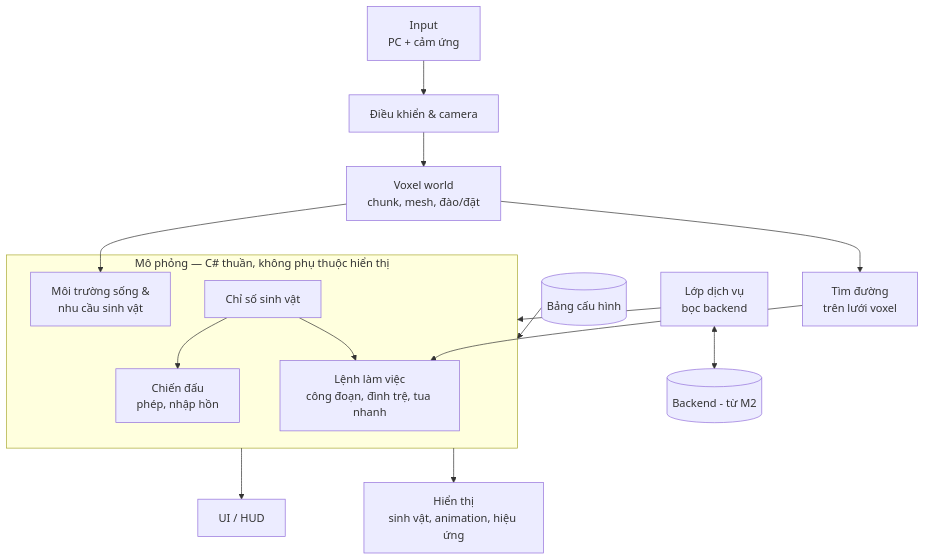
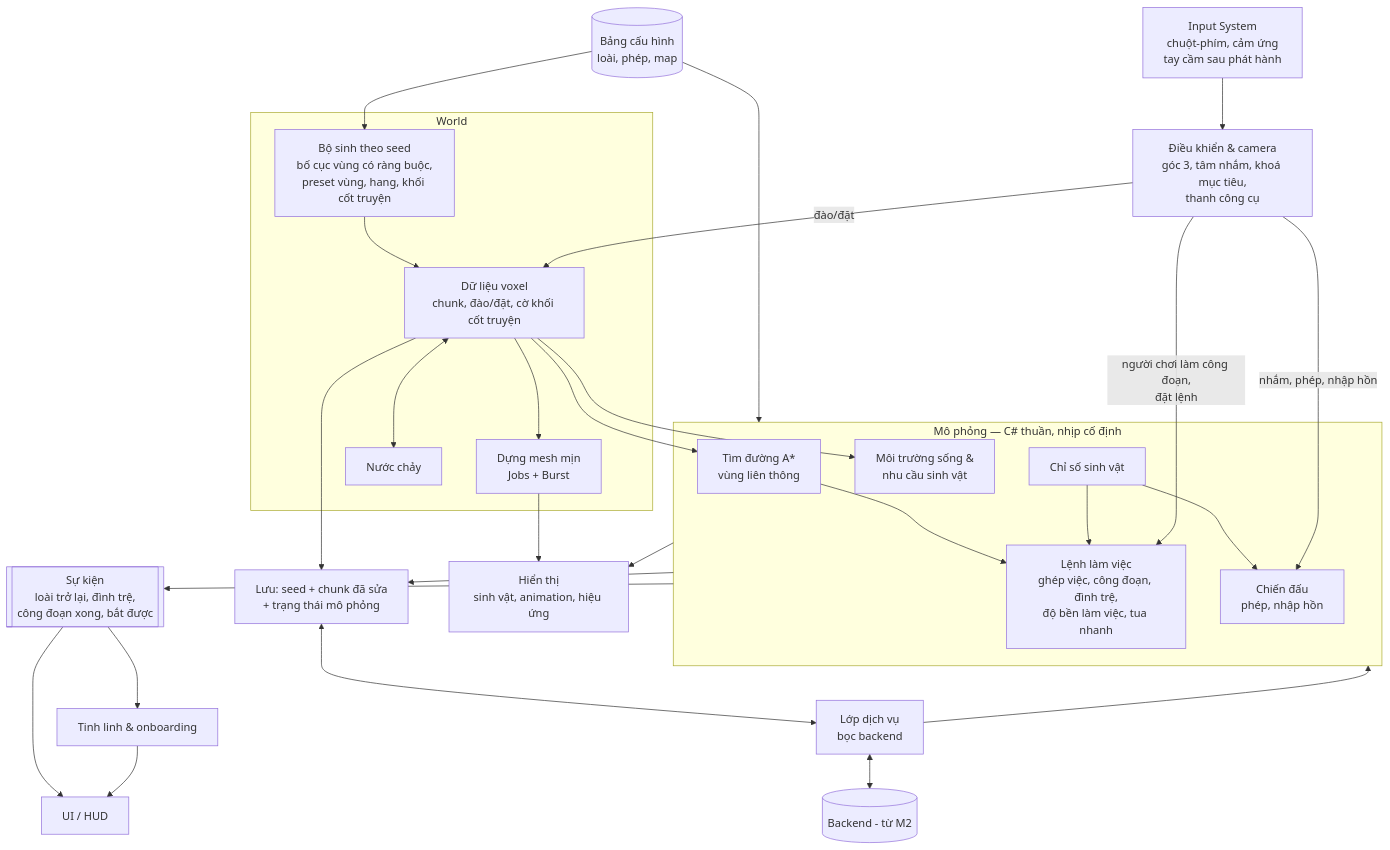
One commit to w-vi-khang/my-game changed the second of 2 diagrams in design/04-tech/architecture.md. Above: the diagram before and after it, drawn with Mermaid. The commit also changed other lines of this file and 1 other file, not shown here.

Commit message:
design: architecture.md — rà phần Client theo world-tech, simulation-tech, controls-ui, levels (sơ đồ hệ thống, sự kiện → tinh linh/UI, bảng hệ thống theo milestone, luồng 2 scene); thêm dữ liệu cấu hình map, trạng thái mô phỏng, onboarding, cài đặt

````diff
--- a/design/04-tech/architecture.md
+++ b/design/04-tech/architecture.md
@@ -65,21 +72,41 @@
 ```mermaid
 flowchart TB
-    IN[Input<br/>PC + cảm ứng] --> CTRL[Điều khiển & camera]
-    CTRL --> VOX[Voxel world<br/>chunk, mesh, đào/đặt]
-    VOX --> PATH[Tìm đường<br/>trên lưới voxel]
-    subgraph SIM ["Mô phỏng — C# thuần, không phụ thuộc hiển thị"]
-        WORK[Lệnh làm việc<br/>công đoạn, đình trệ, tua nhanh]
+    IN[Input System<br/>chuột-phím, cảm ứng<br/>tay cầm sau phát hành] --> CTRL[Điều khiển & camera<br/>góc 3, tâm nhắm, khoá mục tiêu,<br/>thanh công cụ]
+    subgraph WORLD ["World"]
+        GEN[Bộ sinh theo seed<br/>bố cục vùng có ràng buộc,<br/>preset vùng, hang, khối cốt truyện]
+        VOX[Dữ liệu voxel<br/>chunk, đào/đặt, cờ khối cốt truyện]
+        MESH[Dựng mesh mịn<br/>Jobs + Burst]
+        WATER[Nước chảy]
+        GEN --> VOX
+        VOX --> MESH
+        VOX <--> WATER
+    end
+    CTRL -->|đào/đặt| VOX
+    subgraph SIM ["Mô phỏng — C# thuần, nhịp cố định"]
+        PATH[Tìm đường A*<br/>vùng liên thông]
+        WORK[Lệnh làm việc<br/>ghép việc, công đoạn, đình trệ,<br/>độ bền làm việc, tua nhanh]
         HAB[Môi trường sống &<br/>nhu cầu sinh vật]
         STAT[Chỉ số sinh vật]
         COMBAT[Chiến đấu<br/>phép, nhập hồn]
     end
+    VOX --> PATH
+    VOX --> HAB
     PATH --> WORK
-    VOX --> HAB
     STAT --> WORK
     STAT --> COMBAT
+    CTRL -->|người chơi làm công đoạn,<br/>đặt lệnh| WORK
+    CTRL -->|nhắm, phép, nhập hồn| COMBAT
+    SIM --> EV[[Sự kiện<br/>loài trở lại, đình trệ,<br/>công đoạn xong, bắt được]]
+    EV --> GUIDE[Tinh linh & onboarding]
     SIM --> VIEW[Hiển thị<br/>sinh vật, animation, hiệu ứng]
-    SIM --> UI[UI / HUD]
-    CFG[(Bảng cấu hình)] --> SIM
+    EV --> UI[UI / HUD]
+    GUIDE --> UI
+    MESH --> VIEW
+    CFG[(Bảng cấu hình<br/>loài, phép, map)] --> GEN
+    CFG --> SIM
     SVC[Lớp dịch vụ<br/>bọc backend] --> SIM
     SVC <--> BE[(Backend - từ M2)]
+    SAVE[Lưu: seed + chunk đã sửa<br/>+ trạng thái mô phỏng] <--> SVC
+    VOX --> SAVE
+    SIM --> SAVE
 ```
````
